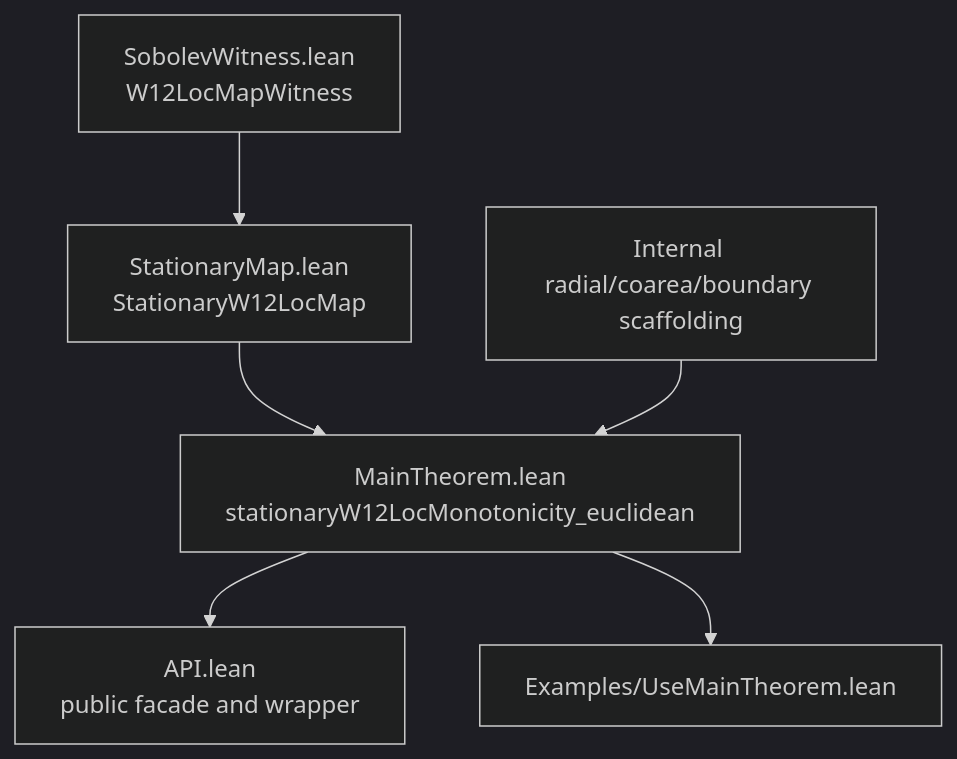
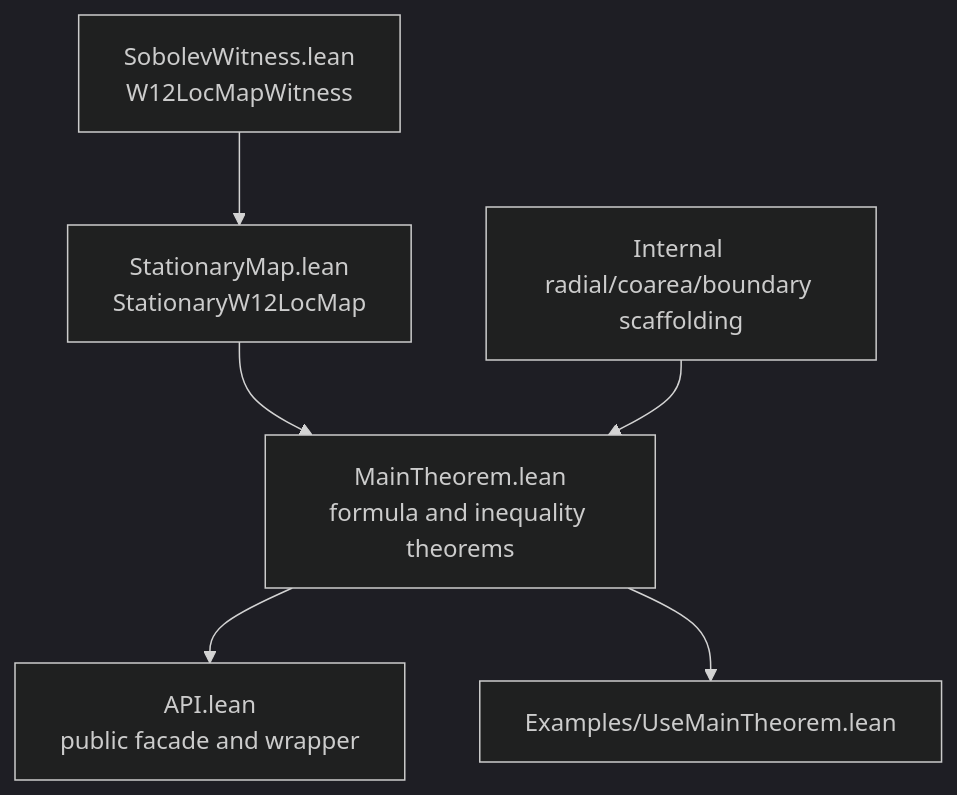
One commit to BrookWW/LeanStationaryHarmonicMaps changed the first of 2 diagrams in docs/paper-outline.md. Above: the diagram before and after it, drawn with Mermaid (dark theme). The commit also changed other lines of this file and 12 other files, not shown here.

````diff
--- a/docs/paper-outline.md
+++ b/docs/paper-outline.md
@@ -66,8 +79,8 @@
 ```mermaid
 flowchart TD
   A["SobolevWitness.lean<br/>W12LocMapWitness"] --> B["StationaryMap.lean<br/>StationaryW12LocMap"]
-  B --> C["MainTheorem.lean<br/>stationaryW12LocMonotonicity_euclidean"]
+  B --> C["MainTheorem.lean<br/>formula and inequality theorems"]
   C --> D["API.lean<br/>public facade and wrapper"]
   C --> E["Examples/UseMainTheorem.lean"]
   F["Internal radial/coarea/boundary scaffolding"] --> C
 ```
````
